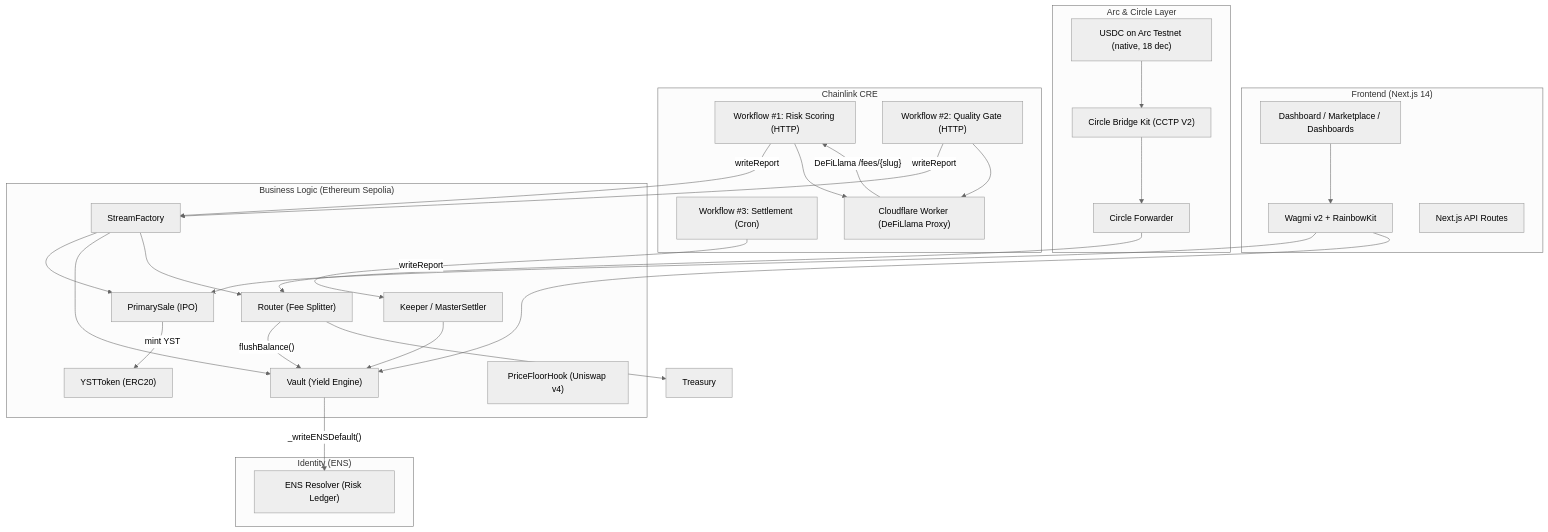
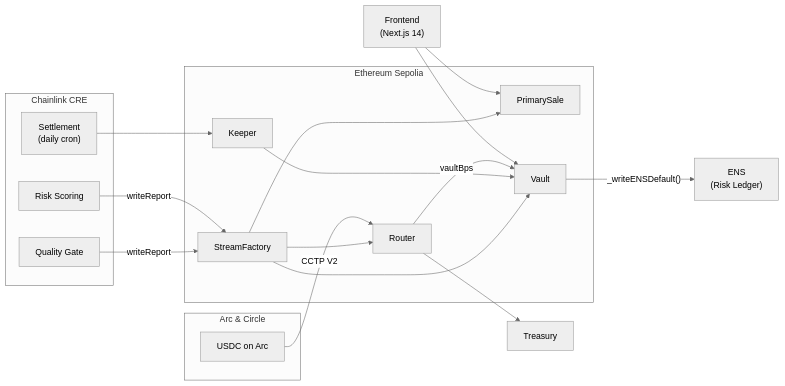
Before and after one commit to Mariussgal/ETH-GLOBAL-CANNES-2026: the first of 2 diagrams in README.md, drawn with Mermaid (neutral theme). The commit also changed other lines of this file, not shown here.

Commit message:
Refactor architecture diagram in README.md for clarity
Updated the flowchart and sequence diagram to improve readability and organization, including renaming elements and adjusting connections to better represent the Yield Stream Marketplace's components and workflows.

````diff
--- a/README.md
+++ b/README.md
@@ -33,54 +33,34 @@
 ```mermaid
-flowchart TB
-    subgraph Frontend["Frontend (Next.js 14)"]
-        UI["Dashboard / Marketplace / Dashboards"]
-        Wagmi["Wagmi v2 + RainbowKit"]
-        NextAPI["Next.js API Routes"]
-    end
+flowchart LR
+    FE["Frontend\n(Next.js 14)"]
 
-    subgraph Arc["Arc & Circle Layer"]
-        ArcUSDC["USDC on Arc Testnet (native, 18 dec)"]
-        BridgeKit["Circle Bridge Kit (CCTP V2)"]
-        Forwarder["Circle Forwarder"]
+    subgraph Circle["Arc & Circle"]
+        Arc["USDC on Arc"]
     end
 
     subgraph CRE["Chainlink CRE"]
-        WF1["Workflow #1: Risk Scoring (HTTP)"]
-        WF2["Workflow #2: Quality Gate (HTTP)"]
-        WF3["Workflow #3: Settlement (Cron)"]
-        CF["Cloudflare Worker (DeFiLlama Proxy)"]
+        WF1["Risk Scoring"]
+        WF2["Quality Gate"]
+        WF3["Settlement\n(daily cron)"]
     end
 
-    subgraph Sepolia["Business Logic (Ethereum Sepolia)"]
+    subgraph Sepolia["Ethereum Sepolia"]
         Factory["StreamFactory"]
-        Primary["PrimarySale (IPO)"]
-        Router["Router (Fee Splitter)"]
-        Vault["Vault (Yield Engine)"]
-        YST["YSTToken (ERC20)"]
-        Keeper["Keeper / MasterSettler"]
-        PFH["PriceFloorHook (Uniswap v4)"]
+        Primary["PrimarySale"]
+        Router["Router"]
+        Vault["Vault"]
+        Keeper["Keeper"]
     end
 
-    subgraph ENS["Identity (ENS)"]
-        Resolver["ENS Resolver (Risk Ledger)"]
-    end
+    ENS["ENS\n(Risk Ledger)"]
+    Treasury["Treasury"]
 
-    UI --> Wagmi
-    Wagmi --> Primary
-    Wagmi --> Vault
-    ArcUSDC --> BridgeKit
-    BridgeKit --> Forwarder
-    Forwarder --> Router
-    Router -->|"flushBalance()"| Vault
-    Router --> Treasury["Treasury"]
-    WF1 & WF2 -->|writeReport| Factory
-    WF3 -->|writeReport| Keeper
-    WF1 & WF2 --> CF
-    CF -->|"DeFiLlama /fees/{slug}"| WF1
-    Keeper --> Vault
-    Vault -->|"_writeENSDefault()"| Resolver
-    Primary -->|"mint YST"| YST
-    Factory --> Primary
-    Factory --> Vault
-    Factory --> Router
+    FE --> Primary & Vault
+    Arc -->|"CCTP V2"| Router
+    Router -->|"vaultBps"| Vault
+    Router --> Treasury
+    WF1 & WF2 -->|"writeReport"| Factory
+    WF3 --> Keeper --> Vault
+    Factory --> Primary & Vault & Router
+    Vault -->|"_writeENSDefault()"| ENS
 ```
````
